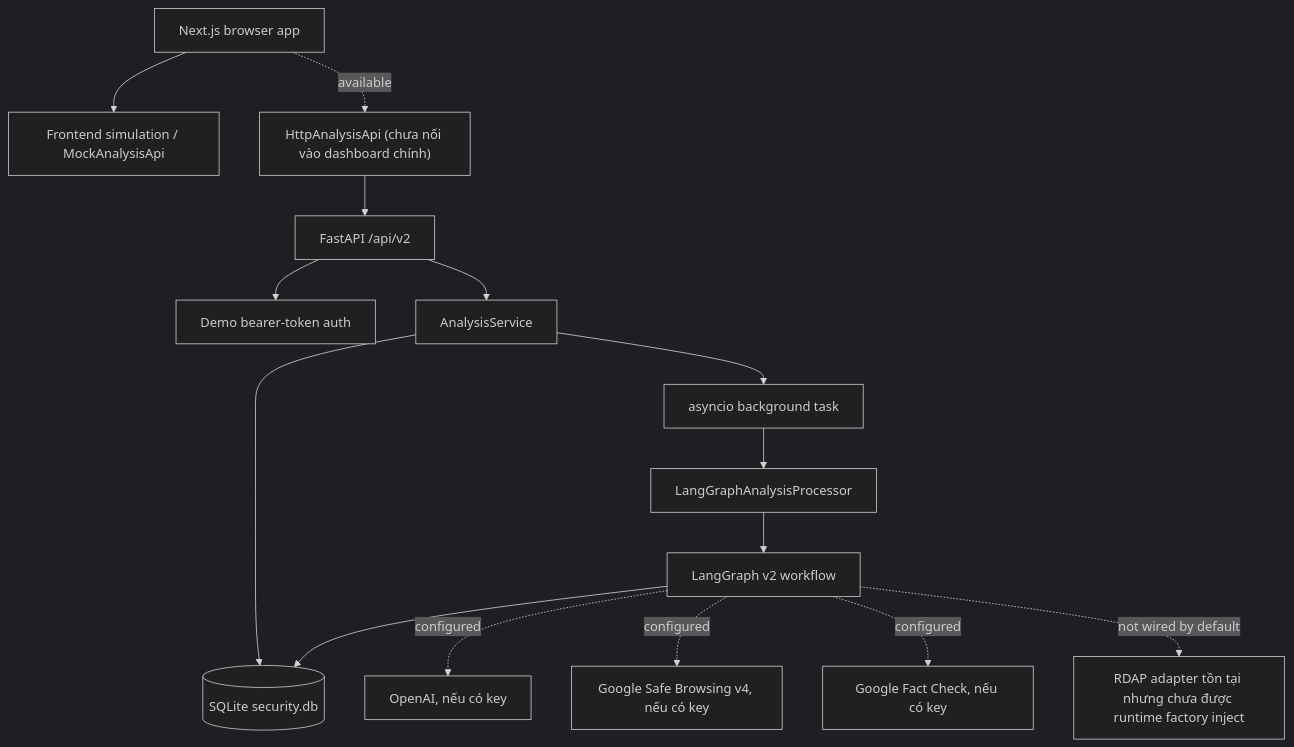
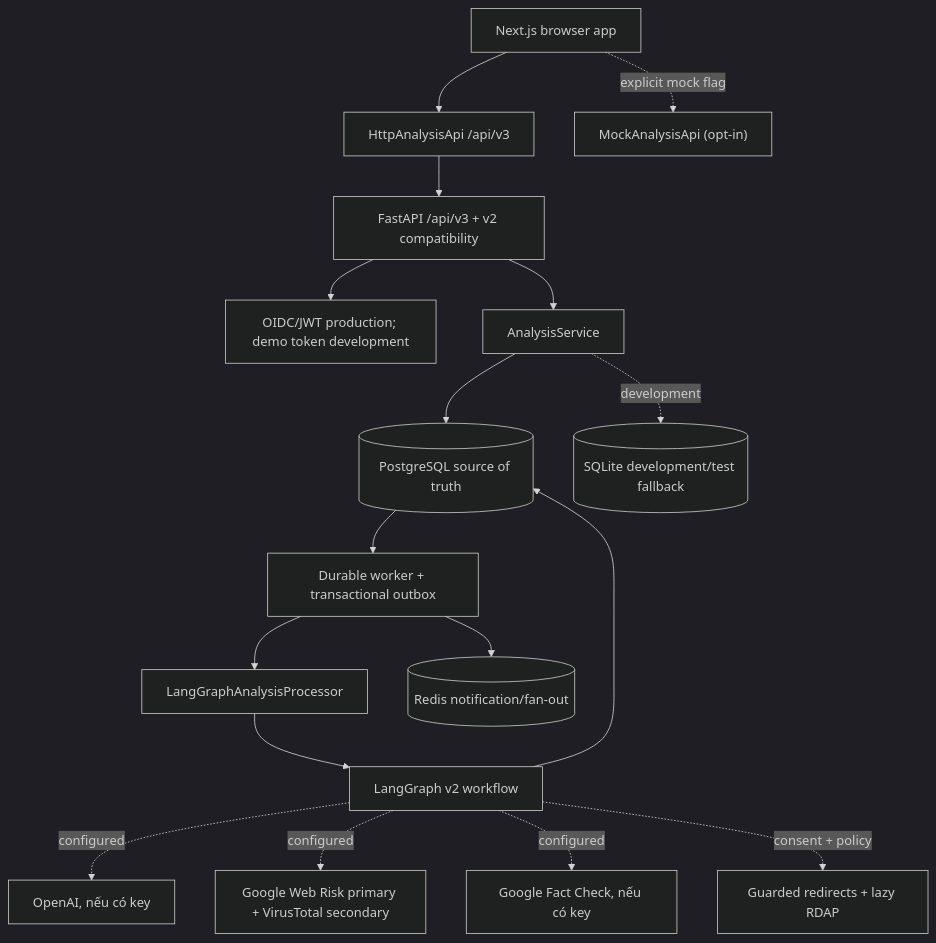
Before and after one commit to Binhdn04/TrustGuard-AI: the first of 4 diagrams in docs/01-ARCHITECTURE.md, drawn with Mermaid (dark theme). The commit also changed other lines of this file and 32 other files, not shown here.

````diff
--- a/docs/01-ARCHITECTURE.md
+++ b/docs/01-ARCHITECTURE.md
@@ -12,30 +12,34 @@
 ```mermaid
 flowchart TB
     Browser["Next.js browser app"]
-    Mock["Frontend simulation / MockAnalysisApi"]
-    HTTP["HttpAnalysisApi (chưa nối vào dashboard chính)"]
-    API["FastAPI /api/v2"]
-    Auth["Demo bearer-token auth"]
+    HTTP["HttpAnalysisApi /api/v3"]
+    Mock["MockAnalysisApi (opt-in)"]
+    API["FastAPI /api/v3 + v2 compatibility"]
+    Auth["OIDC/JWT production; demo token development"]
     Service["AnalysisService"]
-    Task["asyncio background task"]
+    Worker["Durable worker + transactional outbox"]
     Processor["LangGraphAnalysisProcessor"]
     Graph["LangGraph v2 workflow"]
-    SQLite[("SQLite security.db")]
+    PostgreSQL[("PostgreSQL source of truth")]
+    Redis[("Redis notification/fan-out")]
+    SQLite[("SQLite development/test fallback")]
     LLM["OpenAI, nếu có key"]
-    GSB["Google Safe Browsing v4, nếu có key"]
+    GSB["Google Web Risk primary + VirusTotal secondary"]
     Fact["Google Fact Check, nếu có key"]
-    RDAP["RDAP adapter tồn tại nhưng chưa được runtime factory inject"]
+    RDAP["Guarded redirects + lazy RDAP"]
 
-    Browser --> Mock
-    Browser -. available .-> HTTP
+    Browser --> HTTP
+    Browser -. explicit mock flag .-> Mock
     HTTP --> API
     API --> Auth
     API --> Service
-    Service --> SQLite
-    Service --> Task --> Processor --> Graph
-    Graph --> SQLite
+    Service --> PostgreSQL
+    Service -. development .-> SQLite
+    PostgreSQL --> Worker --> Processor --> Graph
+    Worker --> Redis
+    Graph --> PostgreSQL
     Graph -. configured .-> LLM
     Graph -. configured .-> GSB
     Graph -. configured .-> Fact
-    Graph -. not wired by default .-> RDAP
+    Graph -. consent + policy .-> RDAP
 ```
````
